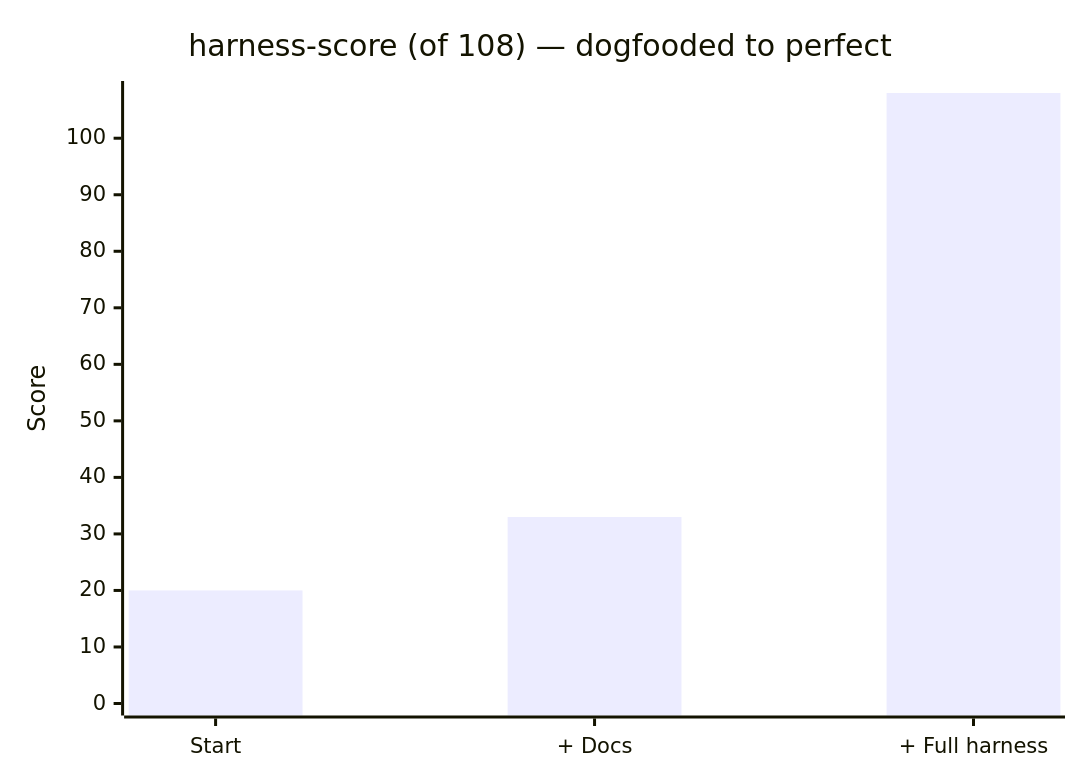
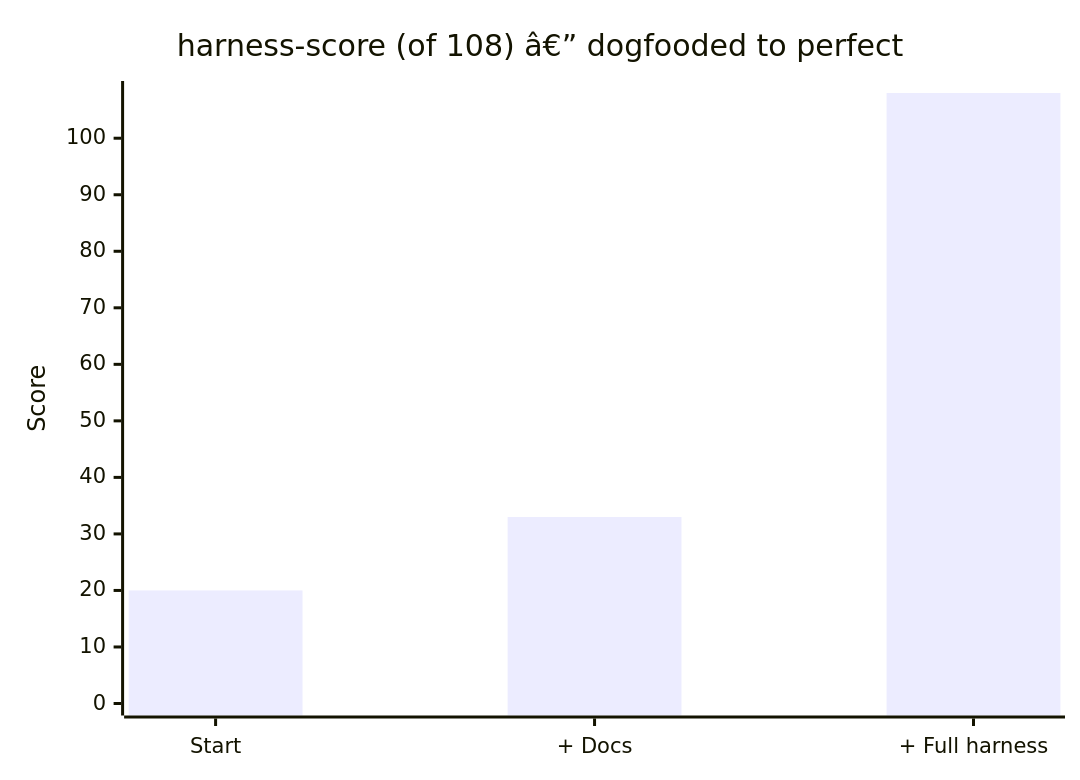
Before and after one commit to black141312/ada-releases: the diagram in README.md, drawn with Mermaid. The commit also changed other lines of this file, not shown here.

````diff
--- a/README.md
+++ b/README.md
@@ -69,7 +69,7 @@
 ```mermaid
 xychart-beta
-    title "harness-score (of 108) — dogfooded to perfect"
+    title "harness-score (of 108) â€” dogfooded to perfect"
     x-axis ["Start", "+ Docs", "+ Full harness"]
     y-axis "Score" 0 --> 108
     bar [20, 33, 108]
 ```
````
